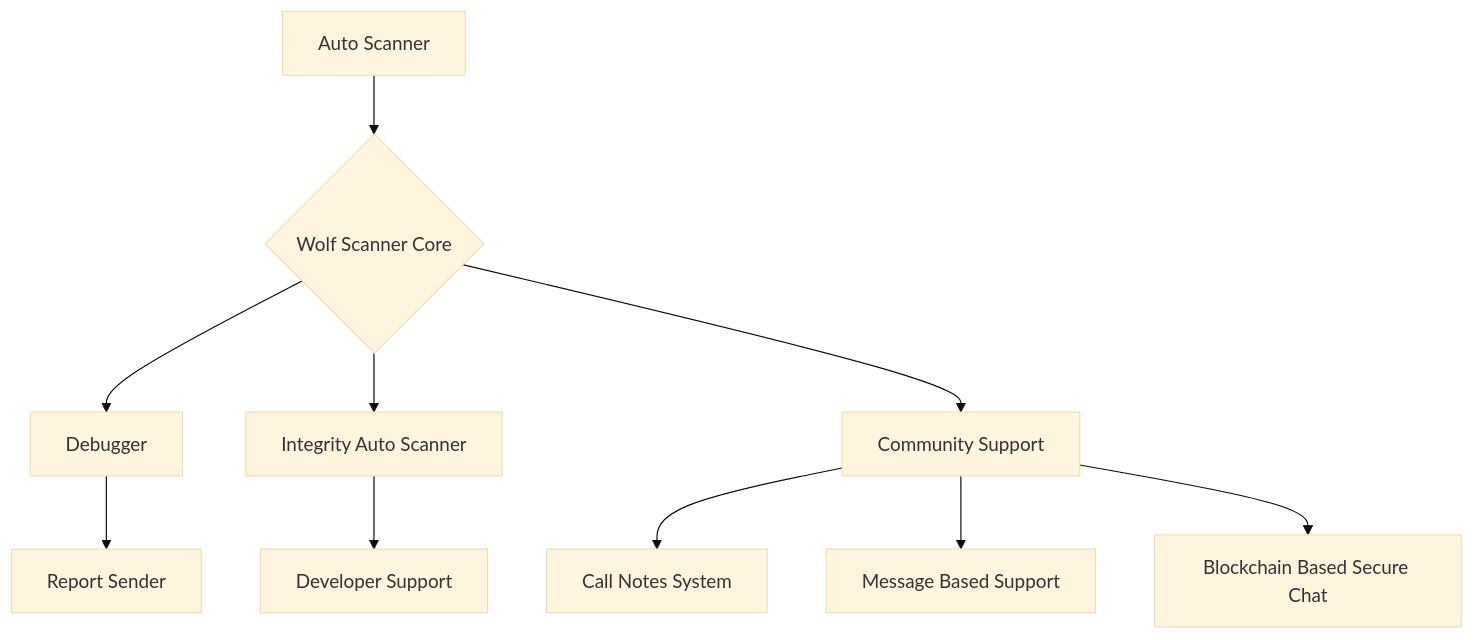
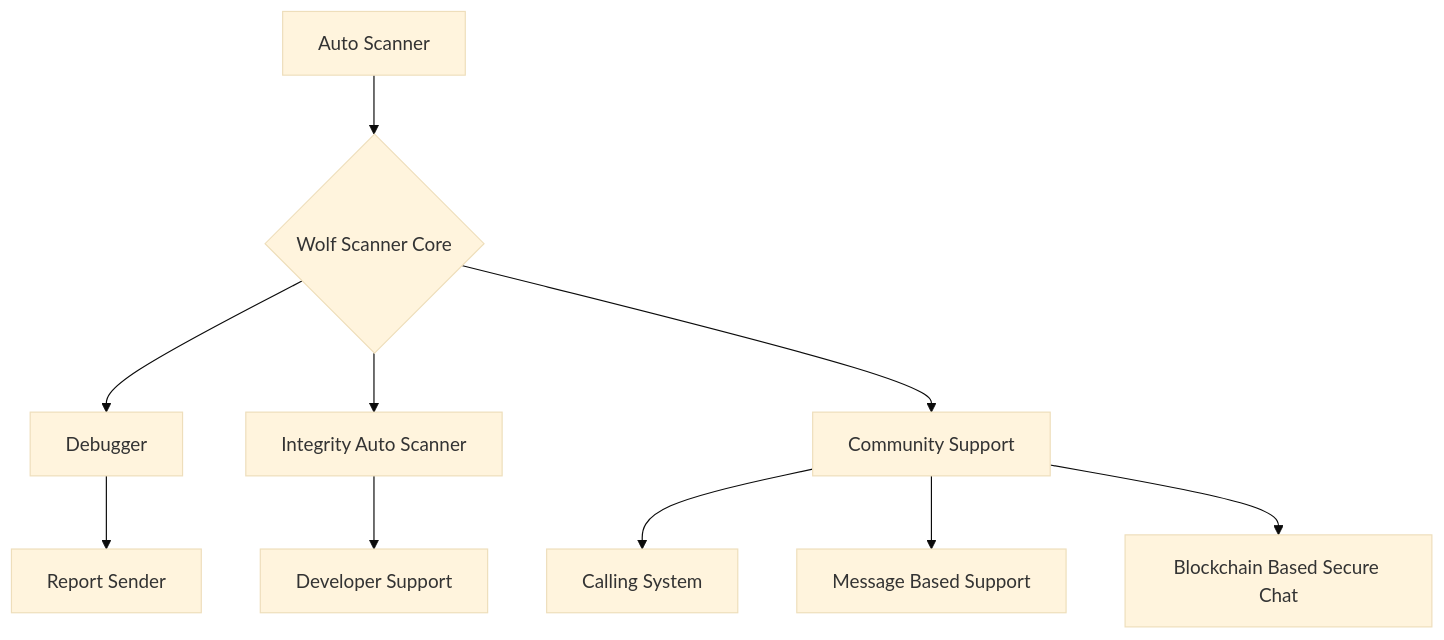
The diagram in Additional-Features.md (Tamilselvan-S-Cyber-Security/Hackindia_MEC_Cyber_Wolf_Team-2026), drawn with Mermaid (base theme) before and after one commit.

````diff
--- a/Additional-Features.md
+++ b/Additional-Features.md
@@ -3,15 +3,15 @@
 ```mermaid
 flowchart TD
     A[Auto Scanner] --> B{Wolf Scanner Core}
 
     B --> C[Debugger]
     C --> D[Report Sender]
 
     B --> E[Integrity Auto Scanner]
     E --> F[Developer Support]
 
     B --> G[Community Support]
-    G --> H[Call Notes System]
+    G --> H[Calling System]
     G --> I[Message Based Support]
     G --> J[Blockchain Based Secure Chat]
 ```
````
